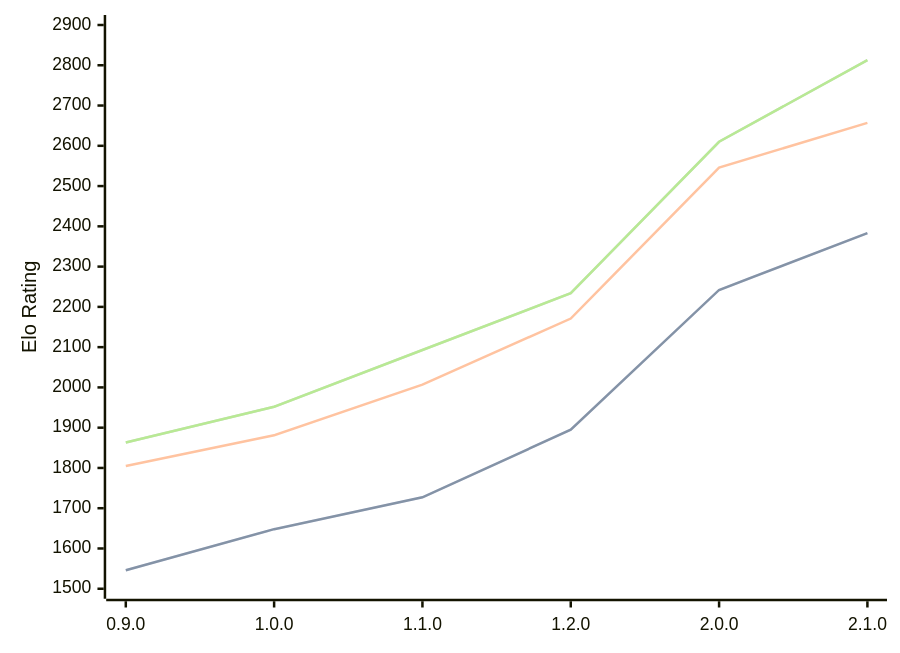
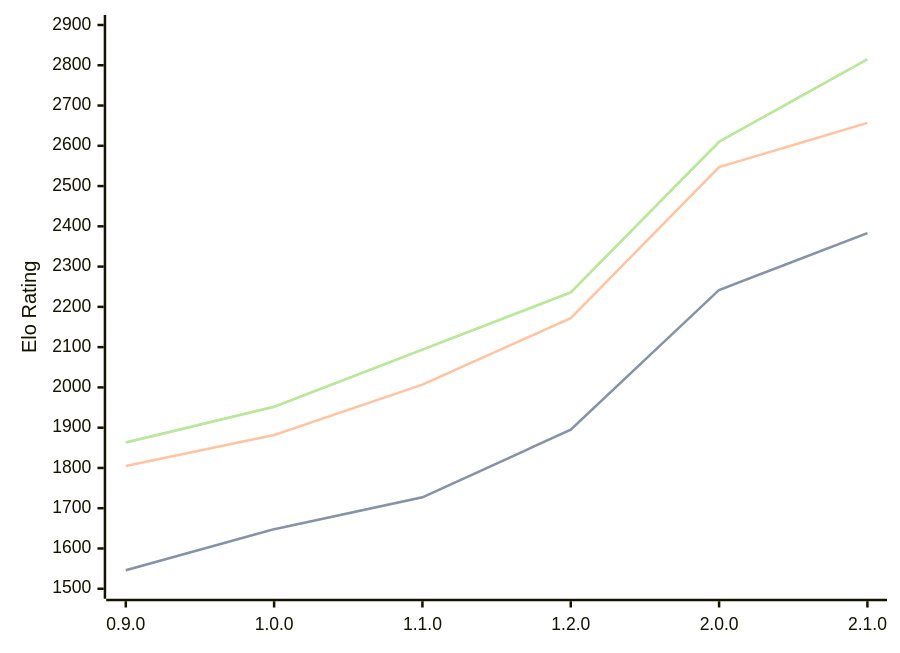
Before and after one commit to computer-chess-index/cci: the diagram in engines/Ratsu.md, drawn with Mermaid. The commit also changed other lines of this file, not shown here.

Commit message:
Update CCI Ratings (ELO VLTC) - 2026-08-29

````diff
--- a/engines/Ratsu.md
+++ b/engines/Ratsu.md
@@ -36,11 +36,11 @@
 ```mermaid
 %%{init: {"theme":"base","themeVariables":{"seriesColors:['#a3a3a3','#222221','#faa371']}}}%%
 xychart-beta
   x-axis ["0.9.0", "1.0.0", "1.1.0", "1.2.0", "2.0.0", "2.1.0"]
   y-axis "Elo Rating" 1500 --> 2900
   line "" [1546, 1648, 1727, 1895, 2242, 2383]
   line "STC (8.0+0.08s)" [1546, 1648, 1727, 1895, 2242, 2383]
-  line "LTC (60.0+0.60s)" [1805, 1881, 2007, 2171, 2546, 2657]
-  line "" [1863, 1952, 2093, 2234, 2610, 2813]
-  line "VLTC (2m24s+1.12s)" [1863, 1952, 2093, 2234, 2610, 2813]
+  line "LTC (60.0+0.60s)" [1805, 1882, 2007, 2172, 2547, 2657]
+  line "" [1863, 1952, 2094, 2236, 2610, 2815]
+  line "VLTC (2m24s+1.12s)" [1863, 1952, 2094, 2236, 2610, 2815]
 ```
````
